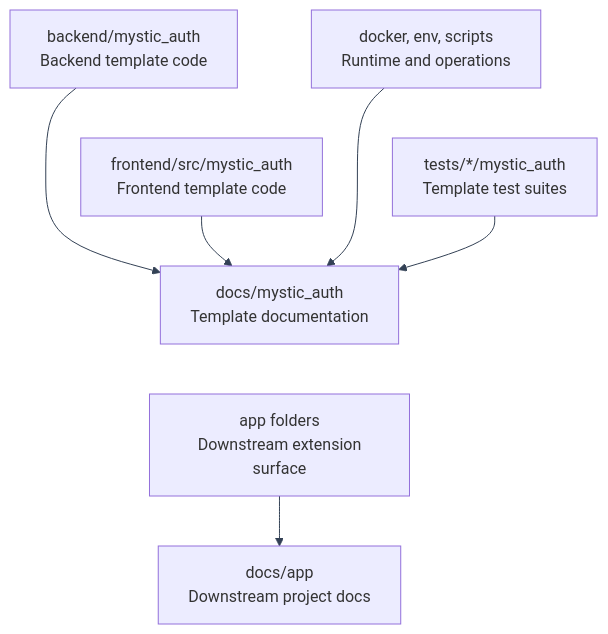
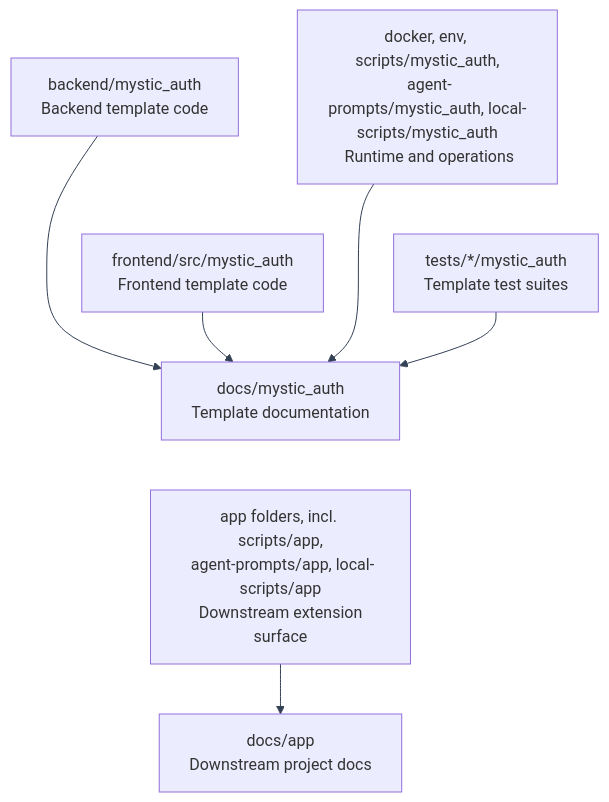
Before and after one commit to Nachiket-2024/mystic-auth: the diagram in docs/mystic_auth/architecture/code-map.md, drawn with Mermaid. The commit also changed other lines of this file and 167 other files, not shown here.

````diff
--- a/docs/mystic_auth/architecture/code-map.md
+++ b/docs/mystic_auth/architecture/code-map.md
@@ -12,22 +12,22 @@
 ```mermaid
 %%{init: {"themeVariables": {"lineColor": "#334155"}} }%%
 flowchart TD
     Docs["docs/mystic_auth\n Template documentation"]
 
     Backend["backend/mystic_auth\n Backend template code"]
     Frontend["frontend/src/mystic_auth\n Frontend template code"]
-    Ops["docker, env, scripts\n Runtime and operations"]
+    Ops["docker, env, scripts/mystic_auth,\n agent-prompts/mystic_auth, local-scripts/mystic_auth\n Runtime and operations"]
     Tests["tests/*/mystic_auth\n Template test suites"]
 
     Backend --> Docs
     Frontend --> Docs
     Ops --> Docs
     Tests --> Docs
     Backend ~~~ Frontend
     Ops ~~~ Tests
 
-    App["app folders\n Downstream extension surface"]
+    App["app folders, incl. scripts/app,\n agent-prompts/app, local-scripts/app\n Downstream extension surface"]
     AppDocs["docs/app\n Downstream project docs"]
     App --> AppDocs
     Docs ~~~ App
 ```
````
